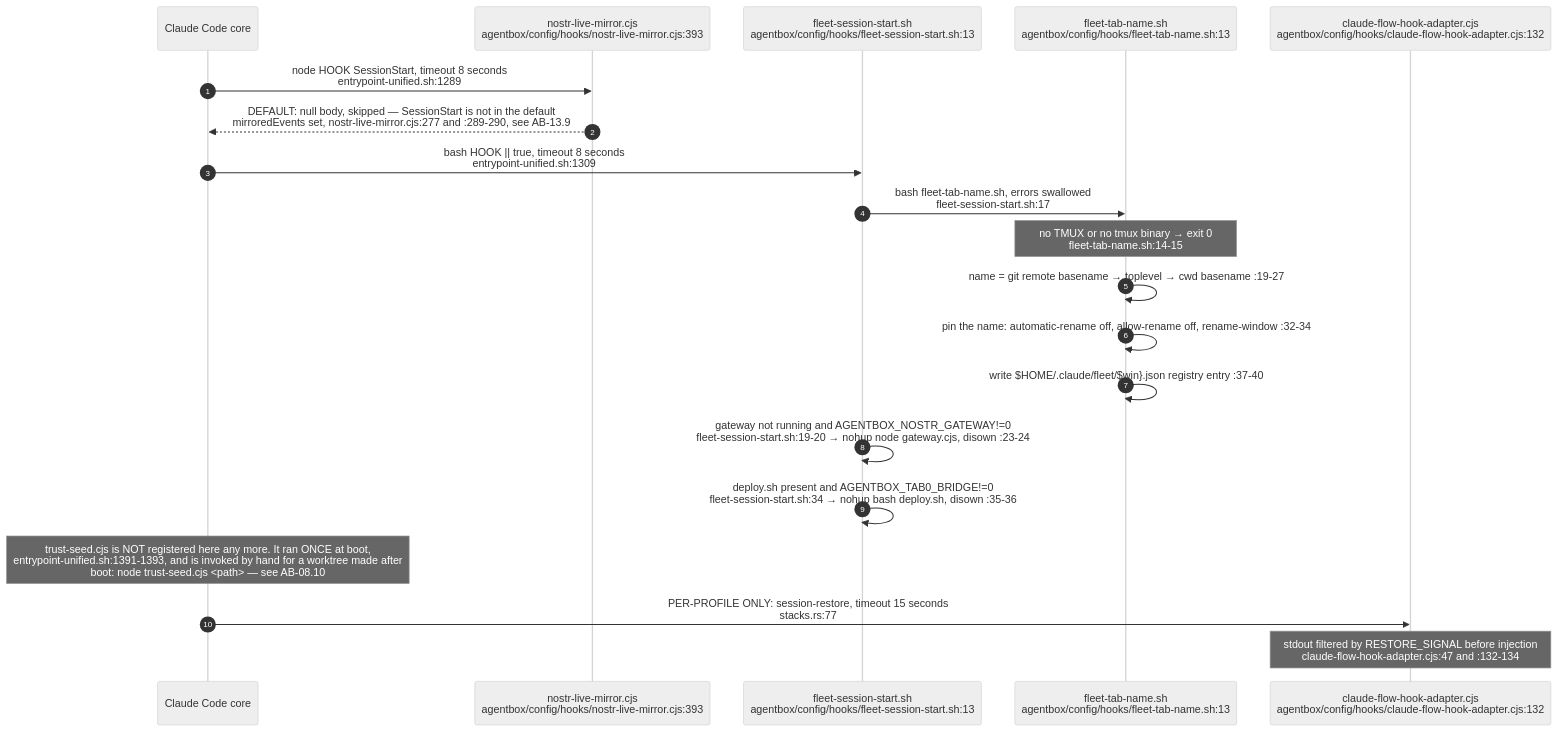
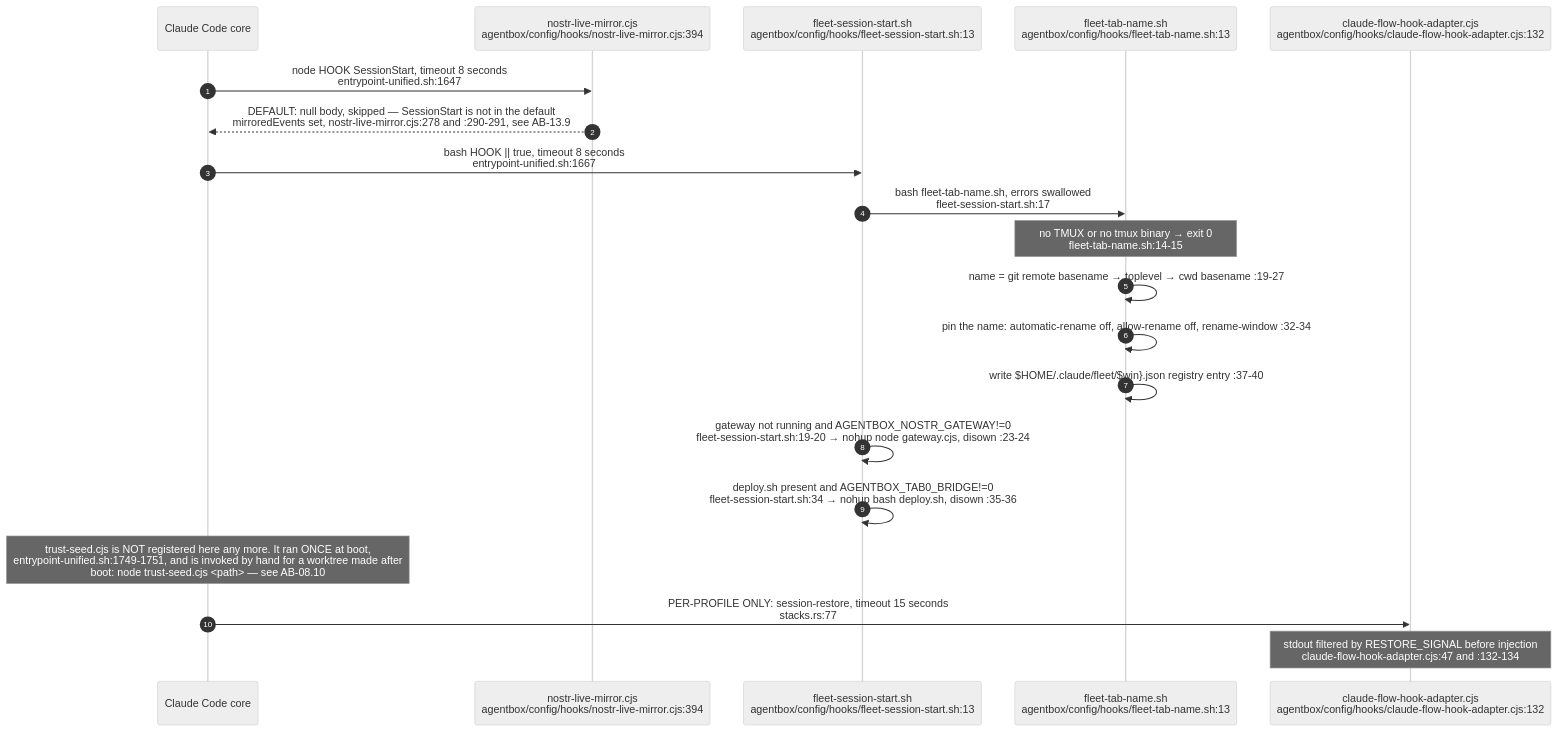
One commit to DreamLab-AI/VisionFlow changed the fourth of 12 diagrams in docs/diagrams/agentbox/08-hooks-pipeline.md. Above: the diagram before and after it, drawn with Mermaid (neutral theme). The commit also changed other lines of this file and 111 other files, not shown here.

Commit message:
docs(diagrams): align estate maps with current source

````diff
--- a/docs/diagrams/agentbox/08-hooks-pipeline.md
+++ b/docs/diagrams/agentbox/08-hooks-pipeline.md
@@ -175,23 +175,23 @@
 ```mermaid
 sequenceDiagram
     autonumber
     participant CC as Claude Code core
-    participant NM as nostr-live-mirror.cjs<br/>agentbox/config/hooks/nostr-live-mirror.cjs:393
+    participant NM as nostr-live-mirror.cjs<br/>agentbox/config/hooks/nostr-live-mirror.cjs:394
     participant FS as fleet-session-start.sh<br/>agentbox/config/hooks/fleet-session-start.sh:13
     participant FTN as fleet-tab-name.sh<br/>agentbox/config/hooks/fleet-tab-name.sh:13
     participant AD as claude-flow-hook-adapter.cjs<br/>agentbox/config/hooks/claude-flow-hook-adapter.cjs:132
 
-    CC->>NM: node HOOK SessionStart, timeout 8 seconds<br/>entrypoint-unified.sh:1289
-    NM-->>CC: DEFAULT: null body, skipped — SessionStart is not in the default<br/>mirroredEvents set, nostr-live-mirror.cjs:277 and :289-290, see AB-13.9
-    CC->>FS: bash HOOK #124;#124; true, timeout 8 seconds<br/>entrypoint-unified.sh:1309
+    CC->>NM: node HOOK SessionStart, timeout 8 seconds<br/>entrypoint-unified.sh:1647
+    NM-->>CC: DEFAULT: null body, skipped — SessionStart is not in the default<br/>mirroredEvents set, nostr-live-mirror.cjs:278 and :290-291, see AB-13.9
+    CC->>FS: bash HOOK #124;#124; true, timeout 8 seconds<br/>entrypoint-unified.sh:1667
     FS->>FTN: bash fleet-tab-name.sh, errors swallowed<br/>fleet-session-start.sh:17
     Note over FTN: no TMUX or no tmux binary → exit 0<br/>fleet-tab-name.sh:14-15
     FTN->>FTN: name = git remote basename → toplevel → cwd basename :19-27
     FTN->>FTN: pin the name: automatic-rename off, allow-rename off, rename-window :32-34
     FTN->>FTN: write $HOME/.claude/fleet/#36;win#125;.json registry entry :37-40
     FS->>FS: gateway not running and AGENTBOX_NOSTR_GATEWAY!=0<br/>fleet-session-start.sh:19-20 → nohup node gateway.cjs, disown :23-24
     FS->>FS: deploy.sh present and AGENTBOX_TAB0_BRIDGE!=0<br/>fleet-session-start.sh:34 → nohup bash deploy.sh, disown :35-36
-    Note over CC: trust-seed.cjs is NOT registered here any more. It ran ONCE at boot,<br/>entrypoint-unified.sh:1391-1393, and is invoked by hand for a worktree made after<br/>boot: node trust-seed.cjs #60;path#62; — see AB-08.10
+    Note over CC: trust-seed.cjs is NOT registered here any more. It ran ONCE at boot,<br/>entrypoint-unified.sh:1749-1751, and is invoked by hand for a worktree made after<br/>boot: node trust-seed.cjs #60;path#62; — see AB-08.10
     CC->>AD: PER-PROFILE ONLY: session-restore, timeout 15 seconds<br/>stacks.rs:77
     Note over AD: stdout filtered by RESTORE_SIGNAL before injection<br/>claude-flow-hook-adapter.cjs:47 and :132-134
 ```
````
